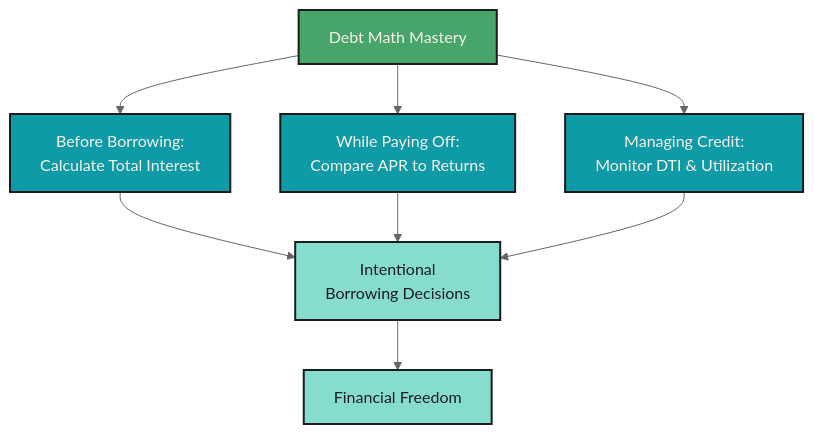
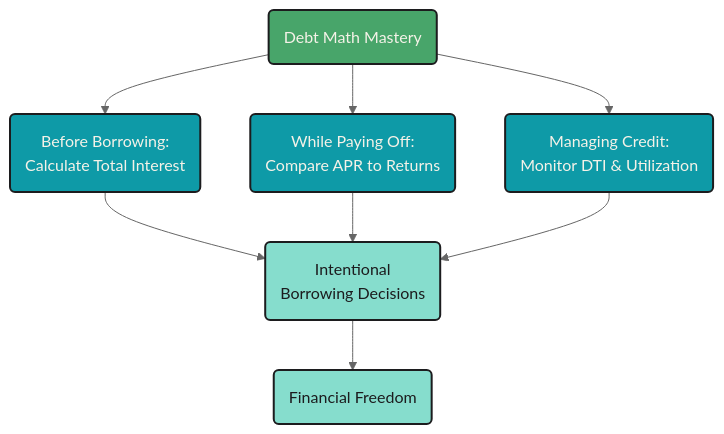
One commit to mjfrigaard/fm-finance changed the seventh of 7 diagrams in managing_debt.qmd. Above: the diagram before and after it, drawn with Mermaid. The commit also changed other lines of this file and 20 other files, not shown here.

Commit message:
updates to mermaid diagrams

````diff
--- a/managing_debt.qmd
+++ b/managing_debt.qmd
@@ -1104,22 +1204,22 @@
 ```{mermaid}
 %%| fig-cap: 'Putting the Math to Work'
 %%| fig-align: center
-%%{init: {'theme': 'neutral', 'themeVariables': { 'fontFamily': 'monospace', "fontSize":"16px"}}}%%
+%%{init: {'theme': 'neutral', 'themeVariables': { 'fontFamily': 'monospace', "darkMode":false, "fontSize":"16px"}}}%%
 
 flowchart TD
-    DebtMath[Debt Math Mastery] --> Decision1[Before Borrowing:<br/>Calculate Total Interest]
-    DebtMath --> Decision2[While Paying Off:<br/>Compare APR to Returns]
-    DebtMath --> Decision3[Managing Credit:<br/>Monitor DTI & Utilization]
+    DebtMath("Debt Math Mastery") --> Decision1("Before Borrowing:<br/>Calculate Total Interest")
+    DebtMath --> Decision2("While Paying Off:<br/>Compare APR to Returns")
+    DebtMath --> Decision3("Managing Credit:<br/>Monitor DTI & Utilization")
 
-    Decision1 --> Outcome[Intentional<br/>Borrowing Decisions]
+    Decision1 --> Outcome("Intentional<br/>Borrowing Decisions")
     Decision2 --> Outcome
     Decision3 --> Outcome
 
-    Outcome --> Freedom[Financial Freedom]
+    Outcome --> Freedom("Financial Freedom")
     style DebtMath fill:#48a56a,color:#F5F2E8,stroke:#1C1C1E,stroke-width:2px
     style Decision1 fill:#0e9aa7,color:#F5F2E8,stroke:#1C1C1E,stroke-width:2px
     style Decision2 fill:#0e9aa7,color:#F5F2E8,stroke:#1C1C1E,stroke-width:2px
     style Decision3 fill:#0e9aa7,color:#F5F2E8,stroke:#1C1C1E,stroke-width:2px
     style Outcome fill:#86ddcd,color:#1C1C1E,stroke:#1C1C1E,stroke-width:2px
     style Freedom fill:#86ddcd,color:#1C1C1E,stroke:#1C1C1E,stroke-width:2px
 ```
````
